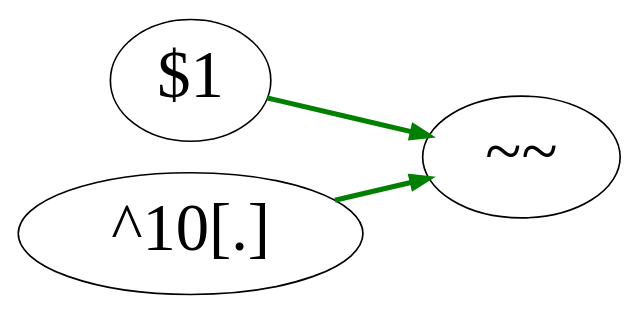
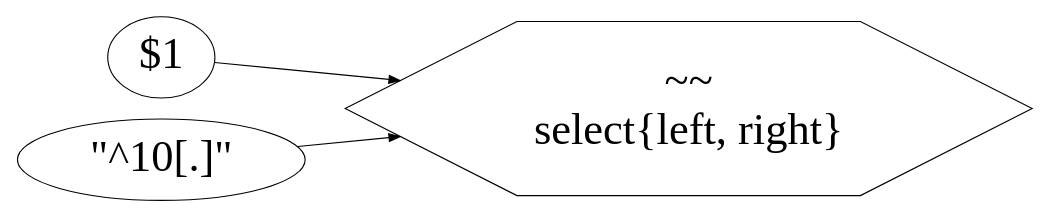
Before and after one commit to jmscott/talk: the diagram in godfw-hoq-20160405/opcode-idiom2.dot, drawn with Graphviz. The commit also changed 8 other files, not shown here.

```diff
--- a/godfw-hoq-20160405/opcode-idiom2.dot
+++ b/godfw-hoq-20160405/opcode-idiom2.dot
@@ -1,17 +1,16 @@
 digraph G {
 
 	graph [
 		size="8.5,8.5"
 		rankdir="LR"
 	];
 	node [
 		fontsize=40
 	]
-	edge [
-		color=green
-		weight=1
-		penwidth=3
+	RE_MATCH [
+		label = "~~\nselect{left, right}"
+		shape = "hexagon"
 	]
-	"$1" -> "~~"
-	"^10[.]" -> "~~"
+	"$1" -> RE_MATCH
+	"\"^10[.]\"" -> RE_MATCH
 }
```
